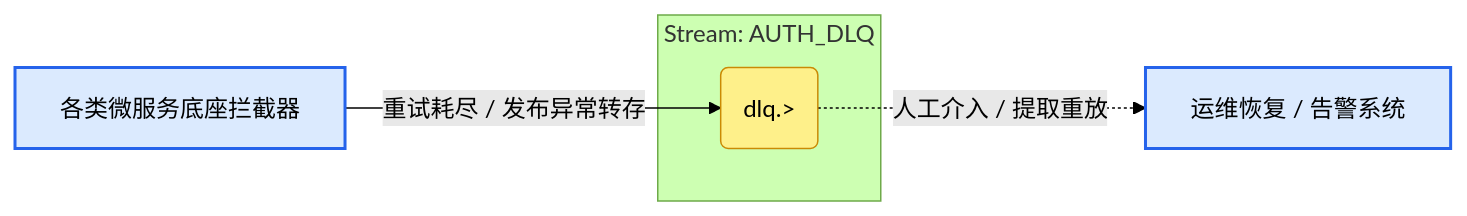
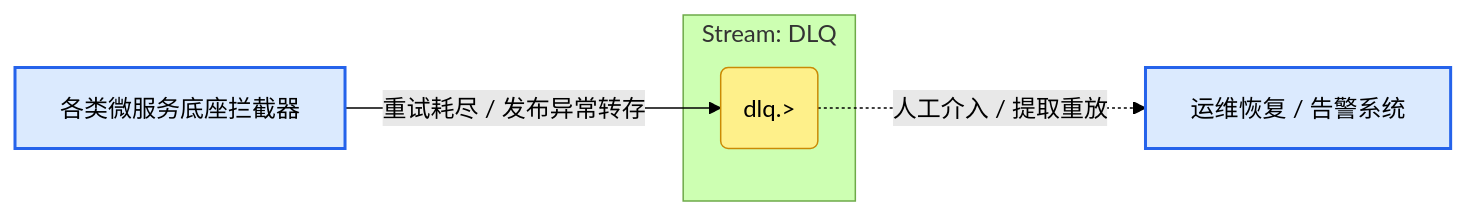
Before and after one commit to JamesWilson19970101/ocean.chat.docs: the sixth of 12 diagrams in i18n/zh-CN/docusaurus-plugin-content-docs/current/devdocs/jetstream-strategy.md, drawn with Mermaid (forest theme). The commit also changed other lines of this file and 5 other files, not shown here.

First line of the commit message:
docs(architecture): update JetStream strategy, microservices and ADRs

````diff
--- a/i18n/zh-CN/docusaurus-plugin-content-docs/current/devdocs/jetstream-strategy.md
+++ b/i18n/zh-CN/docusaurus-plugin-content-docs/current/devdocs/jetstream-strategy.md
@@ -291,15 +288,15 @@
 ```mermaid
 flowchart LR
   classDef service fill:#dbeafe,stroke:#2563eb,stroke-width:2px,color:#000;
   classDef subject fill:#fef08a,stroke:#ca8a04,stroke-width:1px,color:#000;
 
   P[各类微服务底座拦截器]:::service
   C[运维恢复 / 告警系统]:::service
 
-  subgraph Stream: AUTH_DLQ
+  subgraph Stream: DLQ
     SUB(dlq.>):::subject
   end
 
   P -- 重试耗尽 / 发布异常转存 --> SUB
   SUB -. 人工介入 / 提取重放 .-> C
 ```
````
